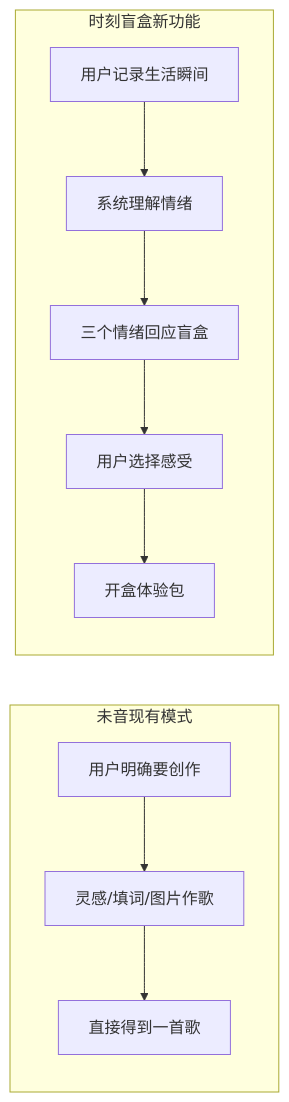
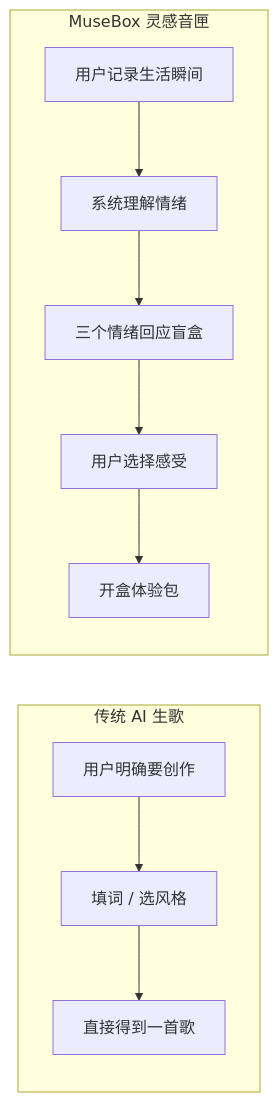
One commit to Ray-space/musebox changed the first of 2 diagrams in docs/product-spec.md. Above: the diagram before and after it, drawn with Mermaid. The commit also changed other lines of this file and 17 other files, not shown here.

First line of the commit message:
Align product docs and codebase with MuseBox, remove competition and VEMUS references.

````diff
--- a/docs/product-spec.md
+++ b/docs/product-spec.md
@@ -20,10 +40,10 @@
 ```mermaid
 flowchart LR
-  subgraph current [未音现有模式]
-    A1[用户明确要创作] --> A2[灵感/填词/图片作歌] --> A3[直接得到一首歌]
+  subgraph tool [传统 AI 生歌]
+    A1[用户明确要创作] --> A2[填词 / 选风格] --> A3[直接得到一首歌]
   end
-  subgraph blindbox [时刻盲盒新功能]
+  subgraph musebox [MuseBox 灵感音匣]
     B1[用户记录生活瞬间] --> B2[系统理解情绪] --> B3[三个情绪回应盲盒]
     B3 --> B4[用户选择感受] --> B5[开盒体验包]
   end
 ```
````
